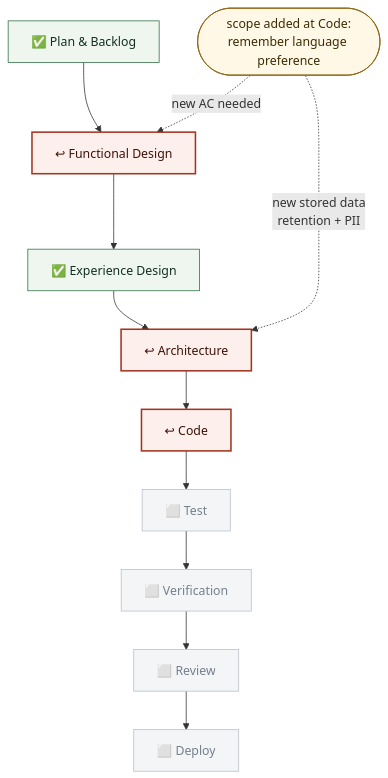
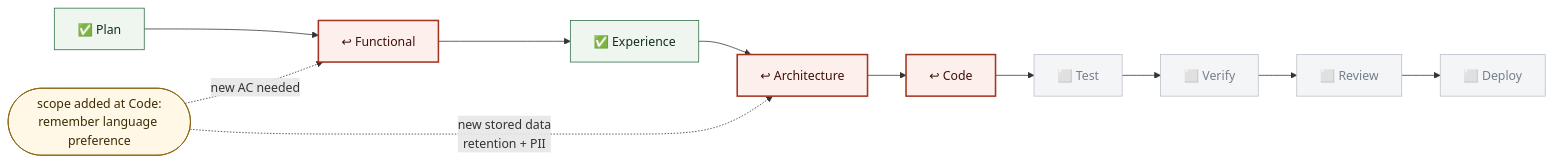
The seventh of 7 diagrams in admin/samples/PIPELINE_WALKTHROUGH.md (tandonakhil/AICluadeCode), drawn with Mermaid before and after one commit. The commit also changed other lines of this file and 7 other files, not shown here.

First line of the commit message:
Pipeline visibility: /ProjectStatus, portfolio graphs, LR layout, mandatory report-out

````diff
--- a/admin/samples/PIPELINE_WALKTHROUGH.md
+++ b/admin/samples/PIPELINE_WALKTHROUGH.md
@@ -378,19 +378,19 @@
 ```mermaid
-flowchart TD
-  E3["✅ Plan &amp; Backlog"] --> E4["↩ Functional Design"]
-  E4 --> E5["✅ Experience Design"] --> E6["↩ Architecture"]
-  E6 --> E7["↩ Code"] --> E8["⬜ Test"] --> E9["⬜ Verification"]
+flowchart LR
+  E3["✅ Plan"] --> E4["↩ Functional"]
+  E4 --> E5["✅ Experience"] --> E6["↩ Architecture"]
+  E6 --> E7["↩ Code"] --> E8["⬜ Test"] --> E9["⬜ Verify"]
   E9 --> E10["⬜ Review"] --> E11["⬜ Deploy"]
 
   NEW(["scope added at Code:<br/>remember language preference"]) -.->|"new AC needed"| E4
   NEW -.->|"new stored data<br/>retention + PII"| E6
 
   classDef done    fill:#eef6ef,stroke:#2f6f43,color:#123021
   classDef looped  fill:#fdf0ec,stroke:#a3341f,stroke-width:2px,color:#3d1109
   classDef pending fill:#f4f5f7,stroke:#b8bfc9,color:#767f8d
   classDef note    fill:#fff8e6,stroke:#8a6410,color:#3d2c04
   class E3,E5 done
   class E4,E6,E7 looped
   class E8,E9,E10,E11 pending
   class NEW note
 ```
````
